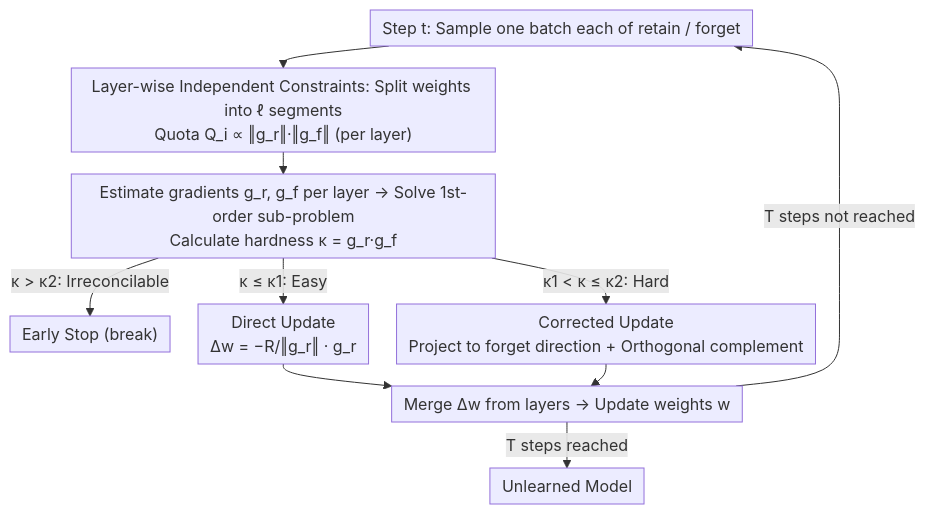
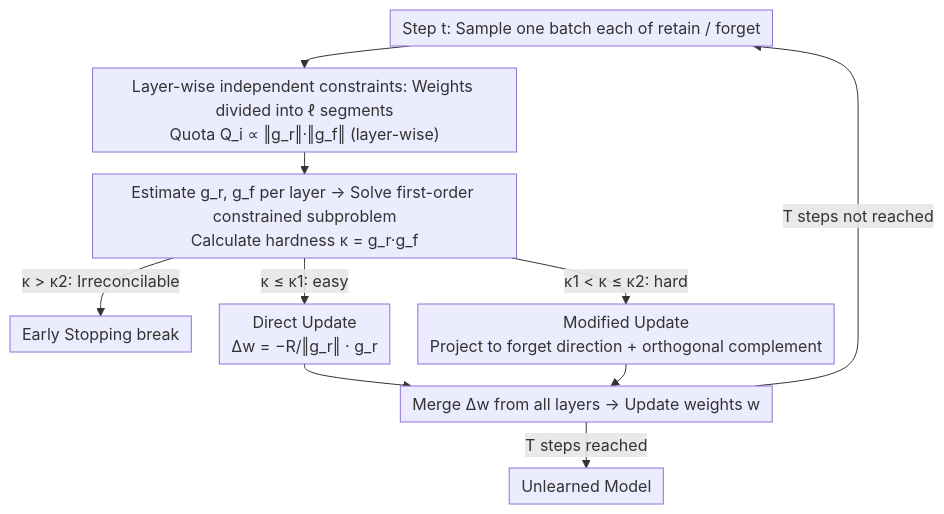
One commit to zhaoyang97/Paper-Notes-en changed the diagram in docs/ICML2026/ai_safety/how_hard_can_it_be_hardness-aware_multi-objective_unlearning.md. Above: the diagram before and after it, drawn with Mermaid. The commit also changed other lines of this file and 5084 other files, not shown here.

````diff
--- a/docs/ICML2026/ai_safety/how_hard_can_it_be_hardness-aware_multi-objective_unlearning.md
+++ b/docs/ICML2026/ai_safety/how_hard_can_it_be_hardness-aware_multi-objective_unlearning.md
@@ -44,13 +44,13 @@
 ```mermaid
 %%{init: {'flowchart': {'rankSpacing': 22, 'nodeSpacing': 28, 'padding': 6, 'wrappingWidth': 400}}}%%
 flowchart TD
-    A["Step t: Sample one batch each of retain / forget"] --> B["Layer-wise Independent Constraints: Split weights into ℓ segments<br/>Quota Q_i ∝ ‖g_r‖·‖g_f‖ (per layer)"]
-    B --> C["Estimate gradients g_r, g_f per layer → Solve 1st-order sub-problem<br/>Calculate hardness κ = g_r·g_f"]
-    C -->|"κ > κ2: Irreconcilable"| STOP["Early Stop (break)"]
-    C -->|"κ ≤ κ1: Easy"| D["Direct Update<br/>Δw = −R/‖g_r‖ · g_r"]
-    C -->|"κ1 < κ ≤ κ2: Hard"| E["Corrected Update<br/>Project to forget direction + Orthogonal complement"]
-    D --> F["Merge Δw from layers → Update weights w"]
+    A["Step t: Sample one batch each of retain / forget"] --> B["Layer-wise independent constraints: Weights divided into ℓ segments<br/>Quota Q_i ∝ ‖g_r‖·‖g_f‖ (layer-wise)"]
+    B --> C["Estimate g_r, g_f per layer → Solve first-order constrained subproblem<br/>Calculate hardness κ = g_r·g_f"]
+    C -->|"κ > κ2: Irreconcilable"| STOP["Early Stopping break"]
+    C -->|"κ ≤ κ1: easy"| D["Direct Update<br/>Δw = −R/‖g_r‖ · g_r"]
+    C -->|"κ1 < κ ≤ κ2: hard"| E["Modified Update<br/>Project to forget direction + orthogonal complement"]
+    D --> F["Merge Δw from all layers → Update weights w"]
     E --> F
     F -->|"T steps not reached"| A
     F -->|"T steps reached"| OUT["Unlearned Model"]
 ```
````
